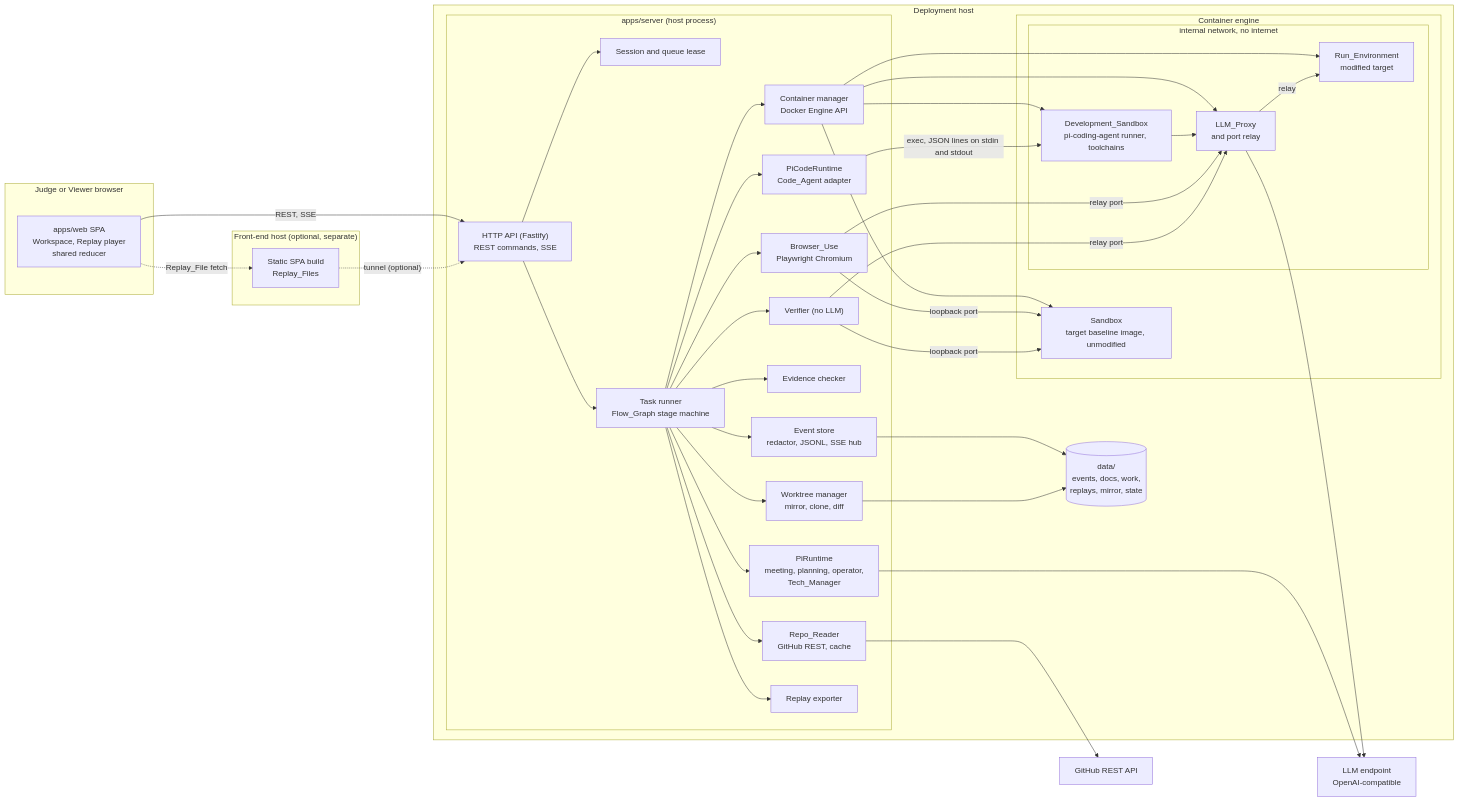
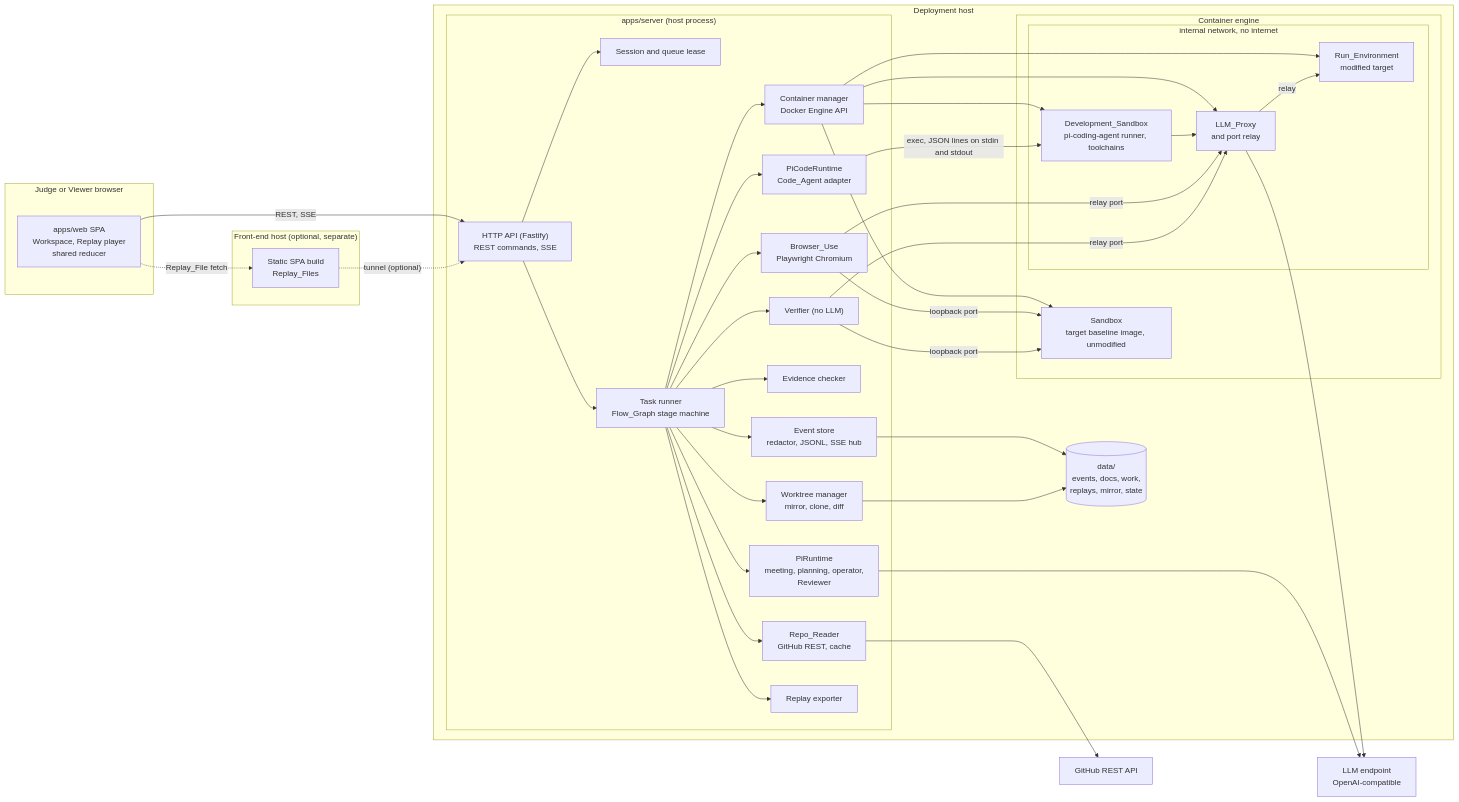
One commit to peikuo/graftlab-ai changed the first of 3 diagrams in .kiro/specs/graftlab-ai/design.md. Above: the diagram before and after it, drawn with Mermaid. The commit also changed other lines of this file and 40 other files, not shown here.

Commit message:
feat: function agents (Reader, Explorer, Facilitator, Planner, Reviewer, Code_Agent) with three Meeting_Perspectives; light UI redesign (stepper, now bar, folded timeline, chat bubbles, segmented details, modern cards); spec updated and screenshots replace the dark mocks

````diff
--- a/.kiro/specs/graftlab-ai/design.md
+++ b/.kiro/specs/graftlab-ai/design.md
@@ -82,69 +81,69 @@
 ```mermaid
 flowchart LR
     subgraph Browser["Judge or Viewer browser"]
         WEB["apps/web SPA<br/>Workspace, Replay player<br/>shared reducer"]
     end
     subgraph Front["Front-end host (optional, separate)"]
         STATIC["Static SPA build<br/>Replay_Files"]
     end
     subgraph Host["Deployment host"]
         subgraph Server["apps/server (host process)"]
             HTTP["HTTP API (Fastify)<br/>REST commands, SSE"]
             QUEUE["Session and queue lease"]
             RUNNER["Task runner<br/>Flow_Graph stage machine"]
             STORE["Event store<br/>redactor, JSONL, SSE hub"]
-            PIRT["PiRuntime<br/>meeting, planning, operator,<br/>Tech_Manager"]
+            PIRT["PiRuntime<br/>meeting, planning, operator,<br/>Reviewer"]
             HRT["PiCodeRuntime<br/>Code_Agent adapter"]
             READER["Repo_Reader<br/>GitHub REST, cache"]
             EVID["Evidence checker"]
             BROWSER["Browser_Use<br/>Playwright Chromium"]
             DOCKER["Container manager<br/>Docker Engine API"]
             GIT["Worktree manager<br/>mirror, clone, diff"]
             VERIFIER["Verifier (no LLM)"]
             REPLAY["Replay exporter"]
         end
         DATA[("data/<br/>events, docs, work,<br/>replays, mirror, state")]
         subgraph Engine["Container engine"]
             SBX["Sandbox<br/>target baseline image, unmodified"]
             subgraph Internal["internal network, no internet"]
                 DEV["Development_Sandbox<br/>pi-coding-agent runner, toolchains"]
                 RUN["Run_Environment<br/>modified target"]
                 PROXY["LLM_Proxy<br/>and port relay"]
             end
         end
     end
     LLM["LLM endpoint<br/>OpenAI-compatible"]
     GH["GitHub REST API"]
 
     WEB -- "REST, SSE" --> HTTP
     WEB -. "Replay_File fetch" .-> STATIC
     STATIC -. "tunnel (optional)" .-> HTTP
     HTTP --> QUEUE
     HTTP --> RUNNER
     RUNNER --> STORE
     STORE --> DATA
     RUNNER --> PIRT
     RUNNER --> HRT
     RUNNER --> READER
     RUNNER --> EVID
     RUNNER --> BROWSER
     RUNNER --> DOCKER
     RUNNER --> GIT
     RUNNER --> VERIFIER
     RUNNER --> REPLAY
     PIRT --> LLM
     READER --> GH
     GIT --> DATA
     DOCKER --> SBX
     DOCKER --> DEV
     DOCKER --> RUN
     DOCKER --> PROXY
     HRT -- "exec, JSON lines on stdin and stdout" --> DEV
     DEV --> PROXY
     PROXY --> LLM
     BROWSER -- "loopback port" --> SBX
     BROWSER -- "relay port" --> PROXY
     VERIFIER -- "loopback port" --> SBX
     VERIFIER -- "relay port" --> PROXY
     PROXY -- "relay" --> RUN
 ```
````
